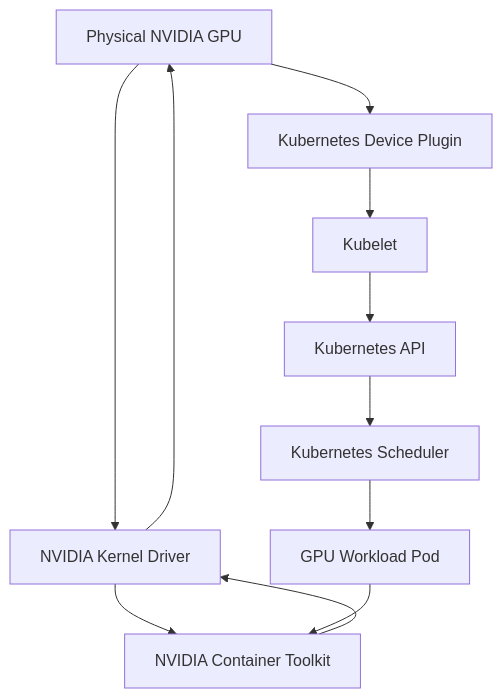
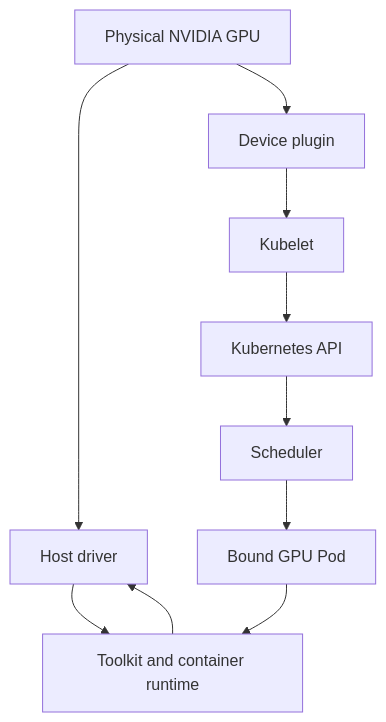
The first of 2 diagrams in docs/nvidia-zero-to-hero/volume-10/chapter-01-why-kubernetes-needs-a-gpu-platform-layer.md (jithinpnjm/nvidia-devops), drawn with Mermaid before and after one commit. The commit also changed other lines of this file and 4 other files, not shown here.

````diff
--- a/docs/nvidia-zero-to-hero/volume-10/chapter-01-why-kubernetes-needs-a-gpu-platform-layer.md
+++ b/docs/nvidia-zero-to-hero/volume-10/chapter-01-why-kubernetes-needs-a-gpu-platform-layer.md
@@ -32,15 +26,11 @@
 ```mermaid
 flowchart TD
-    Hardware[Physical NVIDIA GPU]
-    Driver[NVIDIA Kernel Driver]
-    Toolkit[NVIDIA Container Toolkit]
-    Plugin[Kubernetes Device Plugin]
-    Kubelet[Kubelet]
-    API[Kubernetes API]
-    Scheduler[Kubernetes Scheduler]
-    Pod[GPU Workload Pod]
-
-    Hardware --> Driver --> Toolkit
-    Hardware --> Plugin --> Kubelet --> API --> Scheduler --> Pod
-    Pod --> Toolkit --> Driver --> Hardware
+    GPU[Physical NVIDIA GPU] --> Driver[Host driver]
+    Driver --> Runtime[Toolkit and container runtime]
+    GPU --> DP[Device plugin]
+    DP --> Kubelet[Kubelet]
+    Kubelet --> API[Kubernetes API]
+    API --> Scheduler[Scheduler]
+    Scheduler --> Pod[Bound GPU Pod]
+    Pod --> Runtime --> Driver
 ```
````
